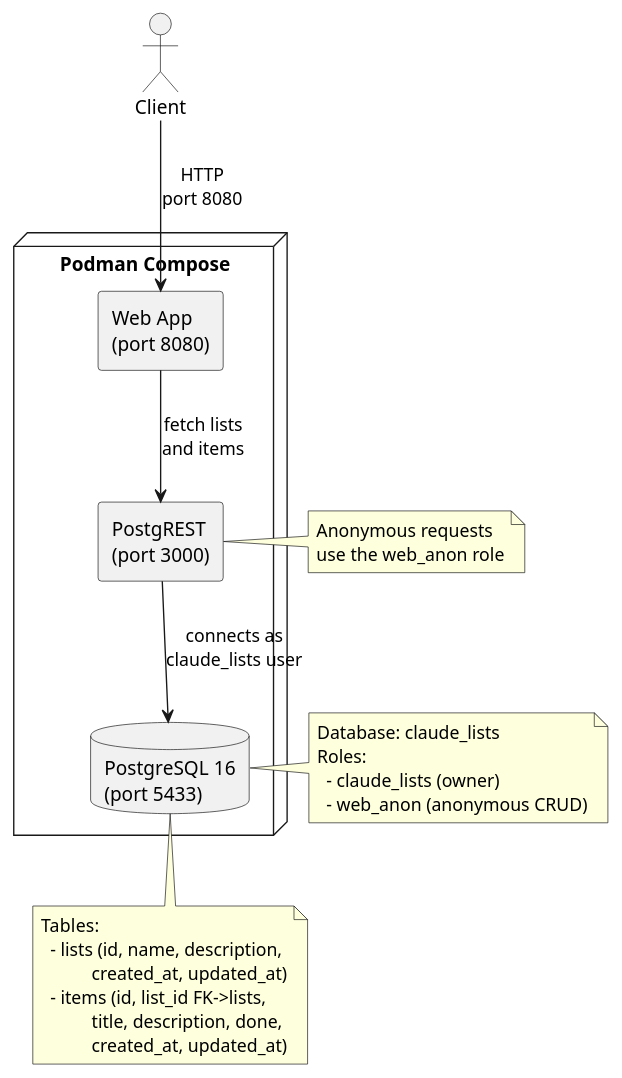
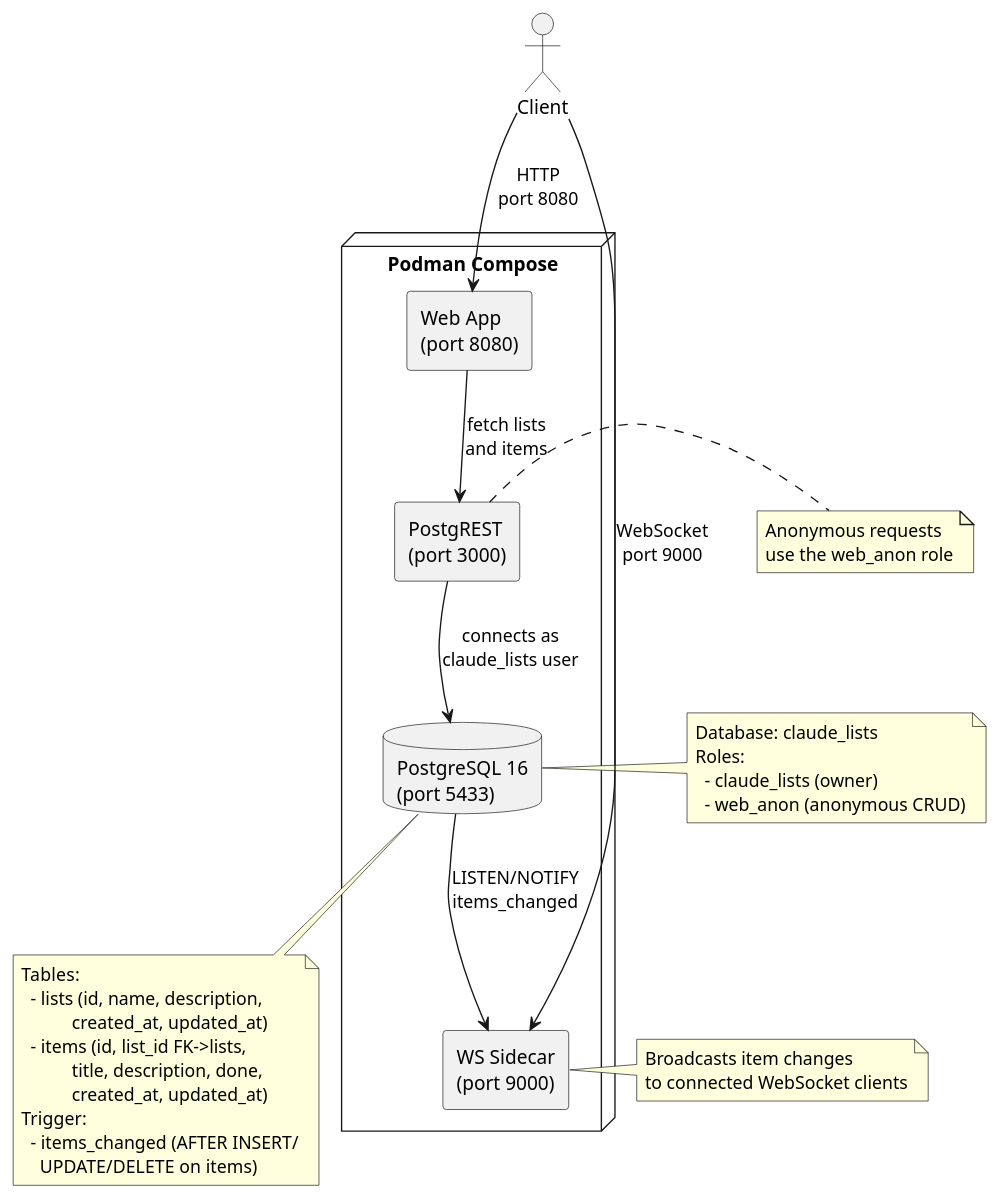
The diagram in docs/architecture.puml (conroydamien/claude_lists_api), drawn with PlantUML before and after one commit. The commit also changed 7 other files, not shown here.

First line of the commit message:
Add real-time updates via PostgreSQL NOTIFY and WebSocket sidecar

```diff
--- a/docs/architecture.puml
+++ b/docs/architecture.puml
@@ -1,39 +1,50 @@
 @startuml Claude Lists API Architecture
 
 skinparam componentStyle rectangle
 
 actor "Client" as client
 
 node "Podman Compose" {
     component "Web App\n(port 8080)" as web
     component "PostgREST\n(port 3000)" as postgrest
+    component "WS Sidecar\n(port 9000)" as wssidecar
     database "PostgreSQL 16\n(port 5433)" as db
 
     web --> postgrest : "fetch lists\nand items"
     postgrest --> db : "connects as\nclaude_lists user"
+    db --> wssidecar : "LISTEN/NOTIFY\nitems_changed"
 }
 
 client --> web : "HTTP\nport 8080"
+client --> wssidecar : "WebSocket\nport 9000"
 
 note right of db
   Database: claude_lists
   Roles:
     - claude_lists (owner)
     - web_anon (anonymous CRUD)
 end note
 
 note bottom of db
   Tables:
     - lists (id, name, description,
              created_at, updated_at)
     - items (id, list_id FK->lists,
              title, description, done,
              created_at, updated_at)
+  Trigger:
+    - items_changed (AFTER INSERT/
+      UPDATE/DELETE on items)
 end note
 
 note right of postgrest
   Anonymous requests
   use the web_anon role
 end note
 
+note right of wssidecar
+  Broadcasts item changes
+  to connected WebSocket clients
+end note
+
 @enduml
```
